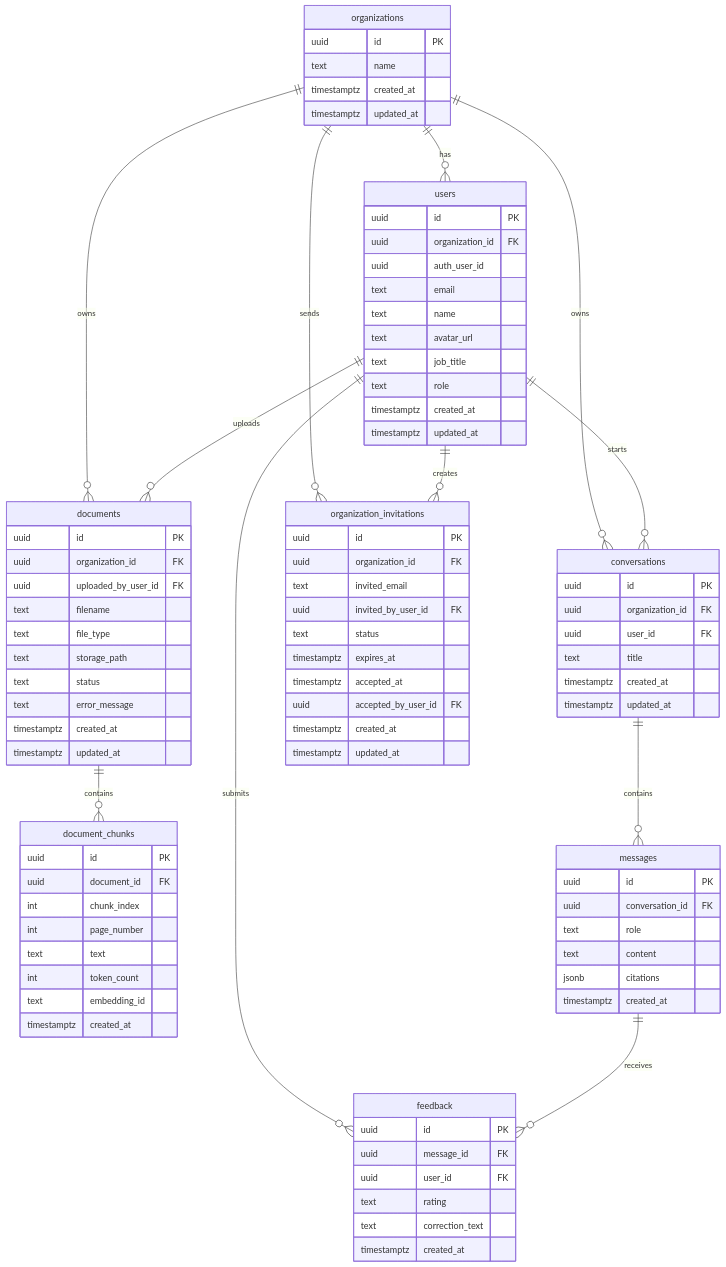
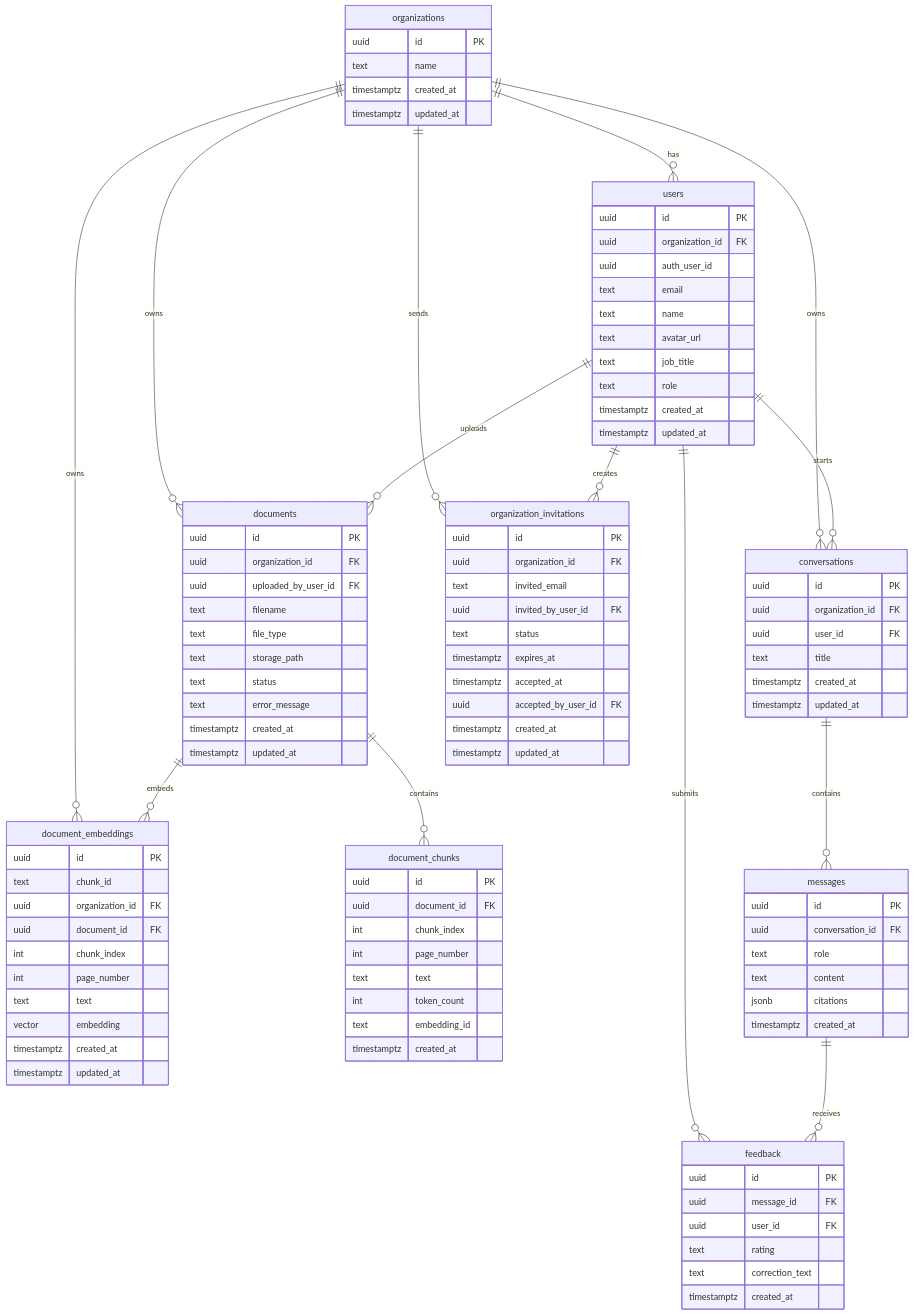
The diagram in docs/DATABASE_SCHEMA.md (workagrimag186-max/Averion.ai), drawn with Mermaid before and after one commit. The commit also changed other lines of this file and 16 other files, not shown here.

```diff
--- a/docs/DATABASE_SCHEMA.md
+++ b/docs/DATABASE_SCHEMA.md
@@ -26,6 +26,7 @@
 erDiagram
     organizations ||--o{ users : has
     organizations ||--o{ documents : owns
+    organizations ||--o{ document_embeddings : owns
     organizations ||--o{ conversations : owns
     organizations ||--o{ organization_invitations : sends
     users ||--o{ documents : uploads
@@ -33,6 +34,7 @@
     users ||--o{ feedback : submits
     users ||--o{ organization_invitations : creates
     documents ||--o{ document_chunks : contains
+    documents ||--o{ document_embeddings : embeds
     conversations ||--o{ messages : contains
     messages ||--o{ feedback : receives
 
@@ -80,6 +82,19 @@
       timestamptz created_at
     }
 
+    document_embeddings {
+      uuid id PK
+      text chunk_id
+      uuid organization_id FK
+      uuid document_id FK
+      int chunk_index
+      int page_number
+      text text
+      vector embedding
+      timestamptz created_at
+      timestamptz updated_at
+    }
+
     conversations {
       uuid id PK
       uuid organization_id FK
```
